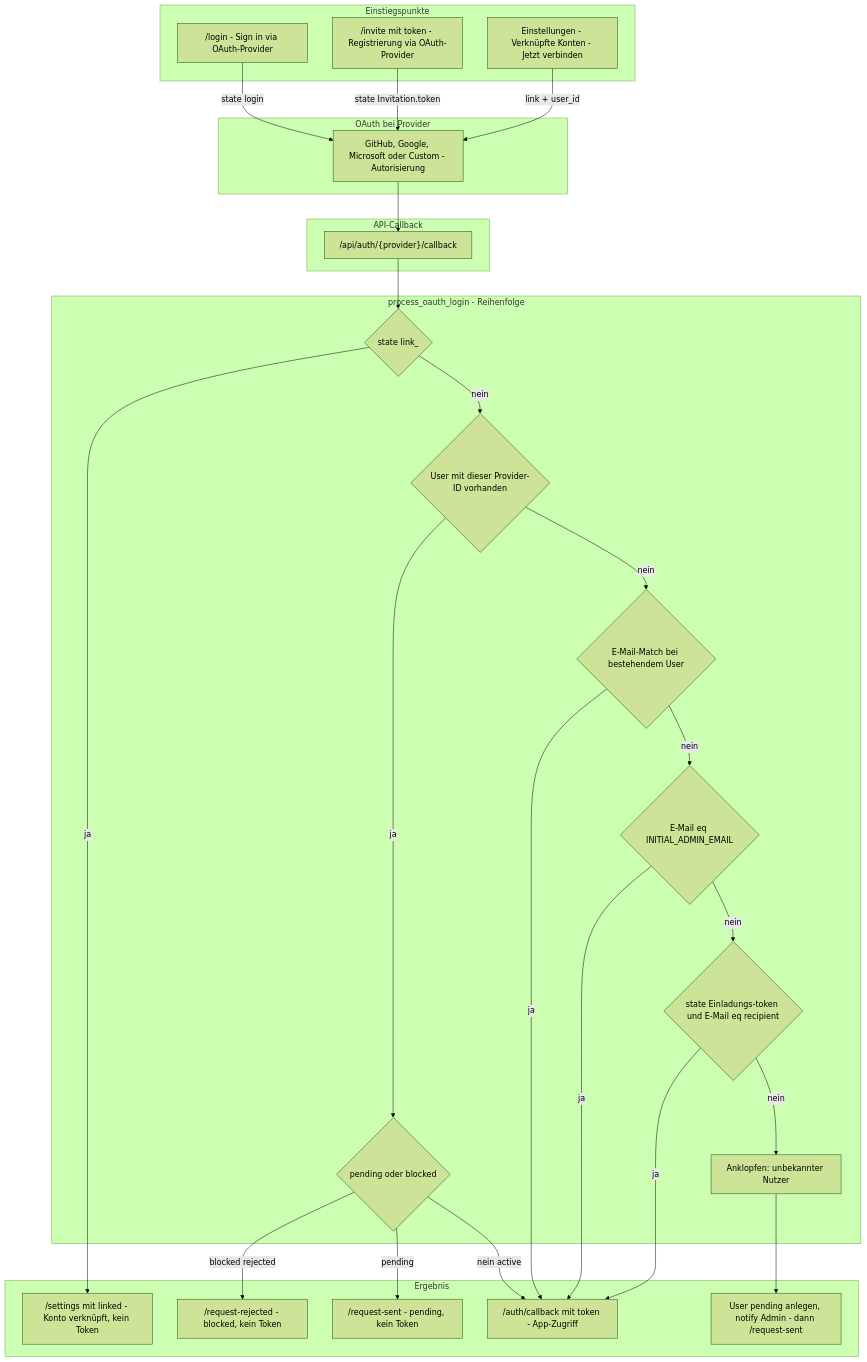
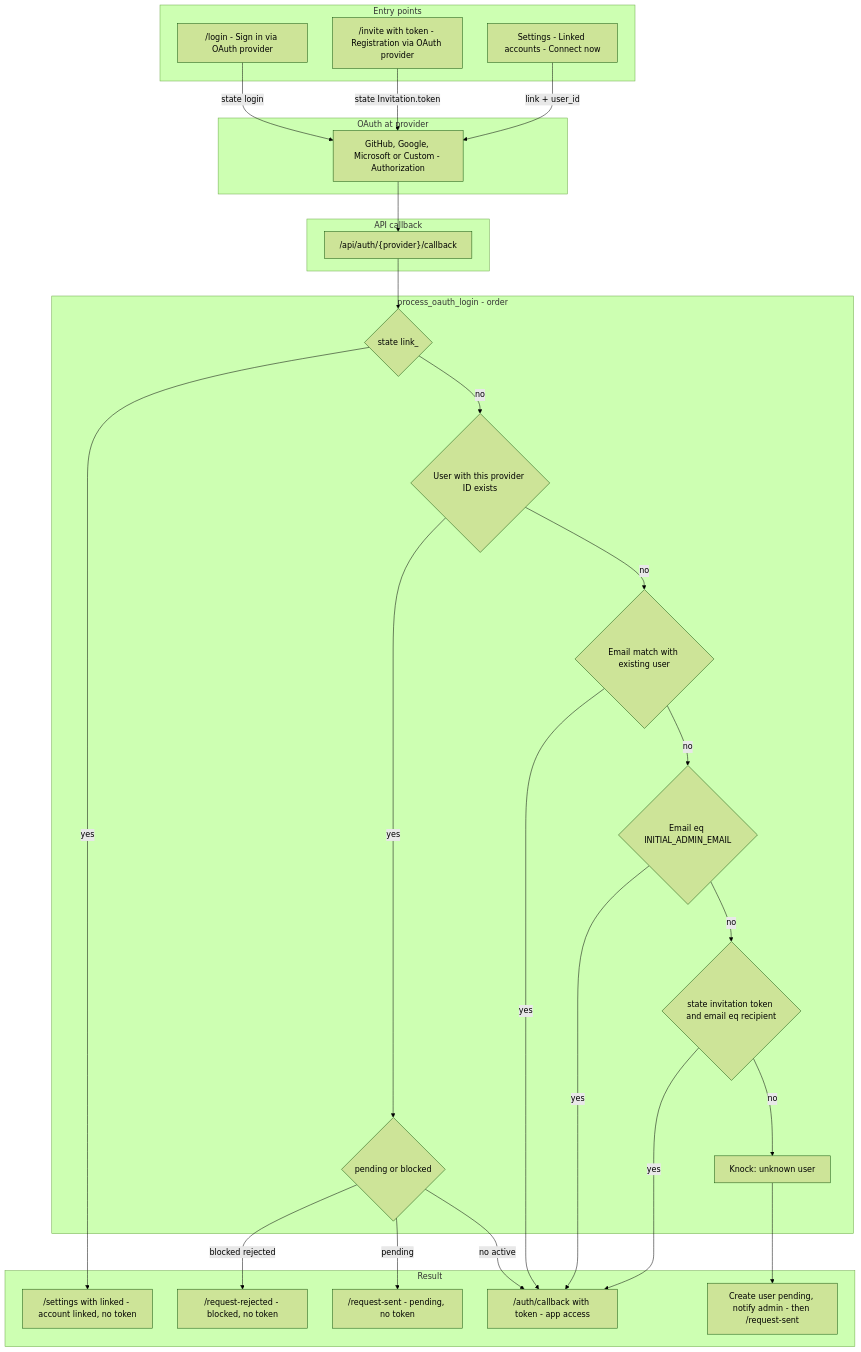
One commit to ttuhin03/fastflow changed the diagram in docs/docs/oauth/README.md. Above: the diagram before and after it, drawn with Mermaid (forest theme). The commit also changed other lines of this file and 36 other files, not shown here.

````diff
--- a/docs/docs/oauth/README.md
+++ b/docs/docs/oauth/README.md
@@ -21,62 +21,62 @@
 ```mermaid
 flowchart TB
-    subgraph Einstieg[Einstiegspunkte]
-        L["/login - Sign in via OAuth-Provider"]
-        I["/invite mit token - Registrierung via OAuth-Provider"]
-        S["Einstellungen - Verknüpfte Konten - Jetzt verbinden"]
+    subgraph Entry[Entry points]
+        L["/login - Sign in via OAuth provider"]
+        I["/invite with token - Registration via OAuth provider"]
+        S["Settings - Linked accounts - Connect now"]
     end
 
-    subgraph OAuth[OAuth bei Provider]
-        G["GitHub, Google, Microsoft oder Custom - Autorisierung"]
+    subgraph OAuth[OAuth at provider]
+        G["GitHub, Google, Microsoft or Custom - Authorization"]
     end
 
-    subgraph Callback[API-Callback]
+    subgraph Callback[API callback]
         C["/api/auth/{provider}/callback"]
     end
 
-    subgraph Auswertung[process_oauth_login - Reihenfolge]
+    subgraph Evaluation[process_oauth_login - order]
         P1{"state link_<provider>"}
-        P2{"User mit dieser Provider-ID vorhanden"}
-        P3{"pending oder blocked"}
-        P4{"E-Mail-Match bei bestehendem User"}
-        P5{"E-Mail eq INITIAL_ADMIN_EMAIL"}
-        P6{"state Einladungs-token und E-Mail eq recipient"}
-        P7["Anklopfen: unbekannter Nutzer"]
+        P2{"User with this provider ID exists"}
+        P3{"pending or blocked"}
+        P4{"Email match with existing user"}
+        P5{"Email eq INITIAL_ADMIN_EMAIL"}
+        P6{"state invitation token and email eq recipient"}
+        P7["Knock: unknown user"]
     end
 
-    subgraph Ergebnis[Ergebnis]
-        R1["/settings mit linked - Konto verknüpft, kein Token"]
-        R2["/request-rejected - blocked, kein Token"]
-        R3["/request-sent - pending, kein Token"]
-        R4["/auth/callback mit token - App-Zugriff"]
-        R5["User pending anlegen, notify Admin - dann /request-sent"]
+    subgraph Result[Result]
+        R1["/settings with linked - account linked, no token"]
+        R2["/request-rejected - blocked, no token"]
+        R3["/request-sent - pending, no token"]
+        R4["/auth/callback with token - app access"]
+        R5["Create user pending, notify admin - then /request-sent"]
     end
 
     L -->|state login| G
     I -->|state Invitation.token| G
     S -->|link + user_id| G
 
     G --> C
     C --> P1
 
-    P1 -->|ja| R1
-    P1 -->|nein| P2
+    P1 -->|yes| R1
+    P1 -->|no| P2
 
-    P2 -->|ja| P3
-    P2 -->|nein| P4
+    P2 -->|yes| P3
+    P2 -->|no| P4
 
     P3 -->|blocked rejected| R2
     P3 -->|pending| R3
-    P3 -->|nein active| R4
+    P3 -->|no active| R4
 
-    P4 -->|ja| R4
-    P4 -->|nein| P5
+    P4 -->|yes| R4
+    P4 -->|no| P5
 
-    P5 -->|ja| R4
-    P5 -->|nein| P6
+    P5 -->|yes| R4
+    P5 -->|no| P6
 
-    P6 -->|ja| R4
-    P6 -->|nein| P7
+    P6 -->|yes| R4
+    P6 -->|no| P7
 
     P7 --> R5
 ```
````
